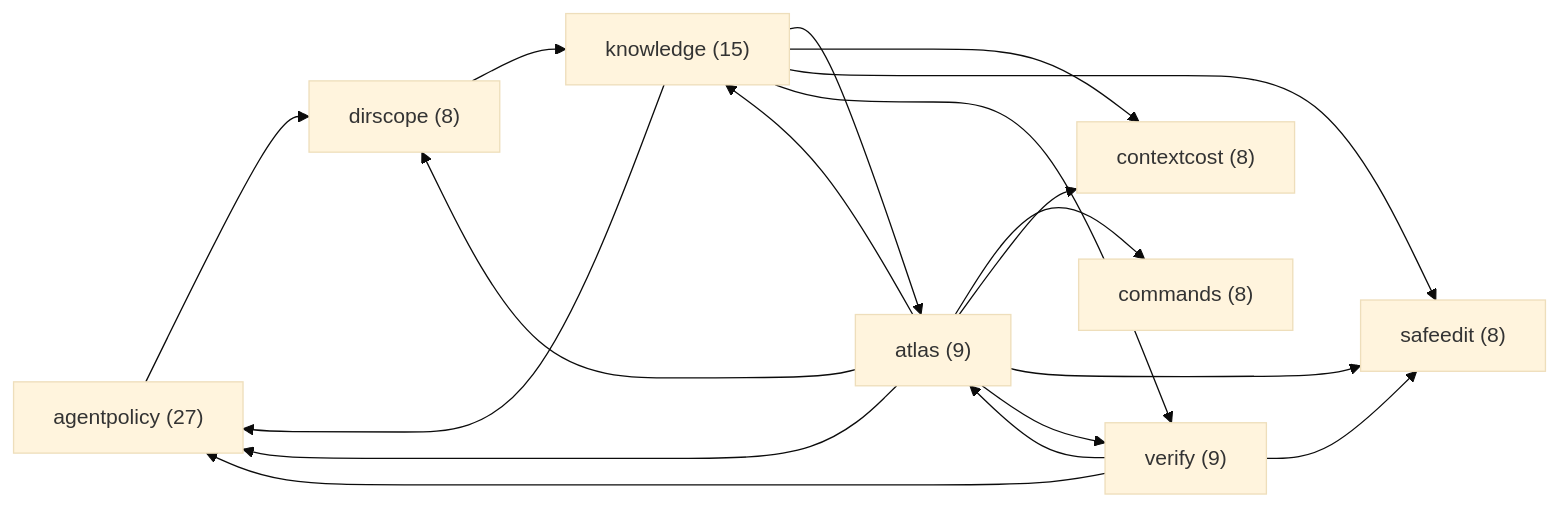
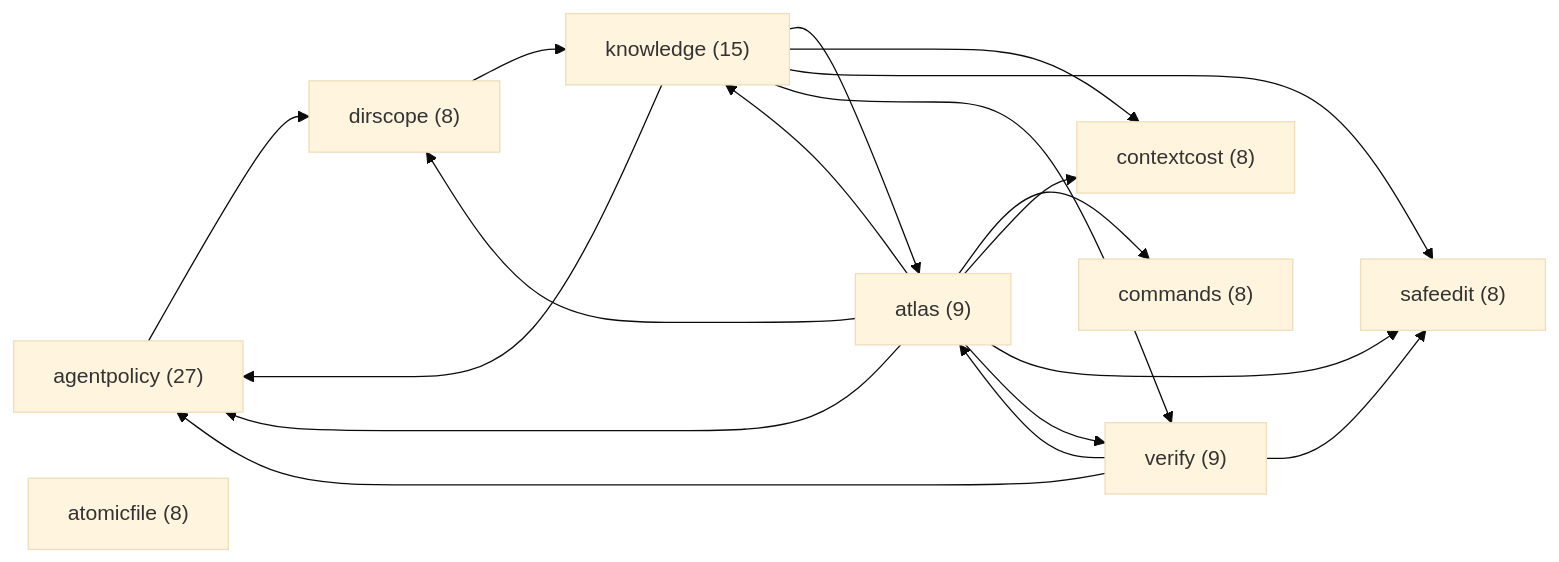
One commit to HLIntel/Headron changed the diagram in docs/MODULES.md. Above: the diagram before and after it, drawn with Mermaid (base theme). The commit also changed other lines of this file and 20 other files, not shown here.

````diff
--- a/docs/MODULES.md
+++ b/docs/MODULES.md
@@ -8,28 +8,29 @@
 ```mermaid
 flowchart LR
   m_agentpolicy["agentpolicy (27)"]
   m_atlas["atlas (9)"]
+  m_atomicfile["atomicfile (8)"]
   m_commands["commands (8)"]
   m_contextcost["contextcost (8)"]
   m_dirscope["dirscope (8)"]
   m_knowledge["knowledge (15)"]
   m_safeedit["safeedit (8)"]
   m_verify["verify (9)"]
   m_agentpolicy --> m_dirscope
   m_atlas --> m_agentpolicy
   m_atlas --> m_commands
   m_atlas --> m_contextcost
   m_atlas --> m_dirscope
   m_atlas --> m_knowledge
   m_atlas --> m_safeedit
   m_atlas --> m_verify
   m_dirscope --> m_knowledge
   m_knowledge --> m_agentpolicy
   m_knowledge --> m_atlas
   m_knowledge --> m_contextcost
   m_knowledge --> m_safeedit
   m_knowledge --> m_verify
   m_verify --> m_agentpolicy
   m_verify --> m_atlas
   m_verify --> m_safeedit
 ```
````
